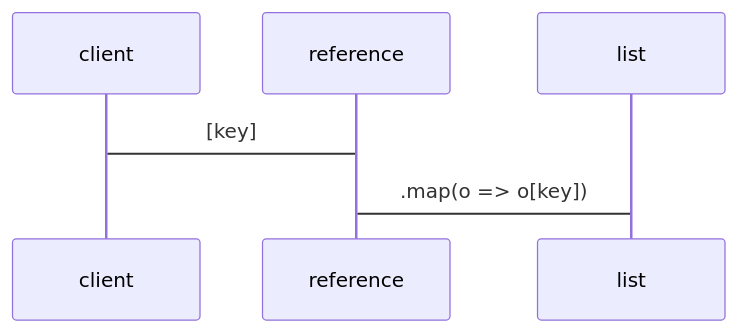
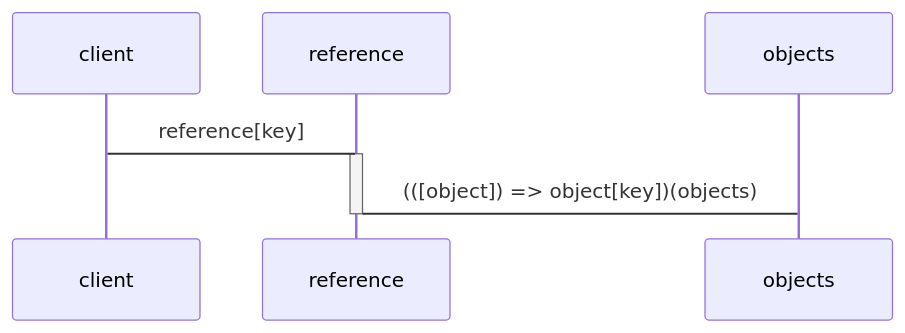
One commit to domrally/peekeasy changed the third of 4 diagrams in README.md. Above: the diagram before and after it, drawn with Mermaid. The commit also changed other lines of this file, not shown here.

````diff
--- a/README.md
+++ b/README.md
@@ -182,5 +184,7 @@
 ```mermaid
 sequenceDiagram
-    client->reference: [key]
-    reference->list: .map(o => o[key])
+    client->reference: reference[key]
+    activate reference
+    reference->objects: (([object]) => object[key])(objects)
+    deactivate reference
 ```
````
